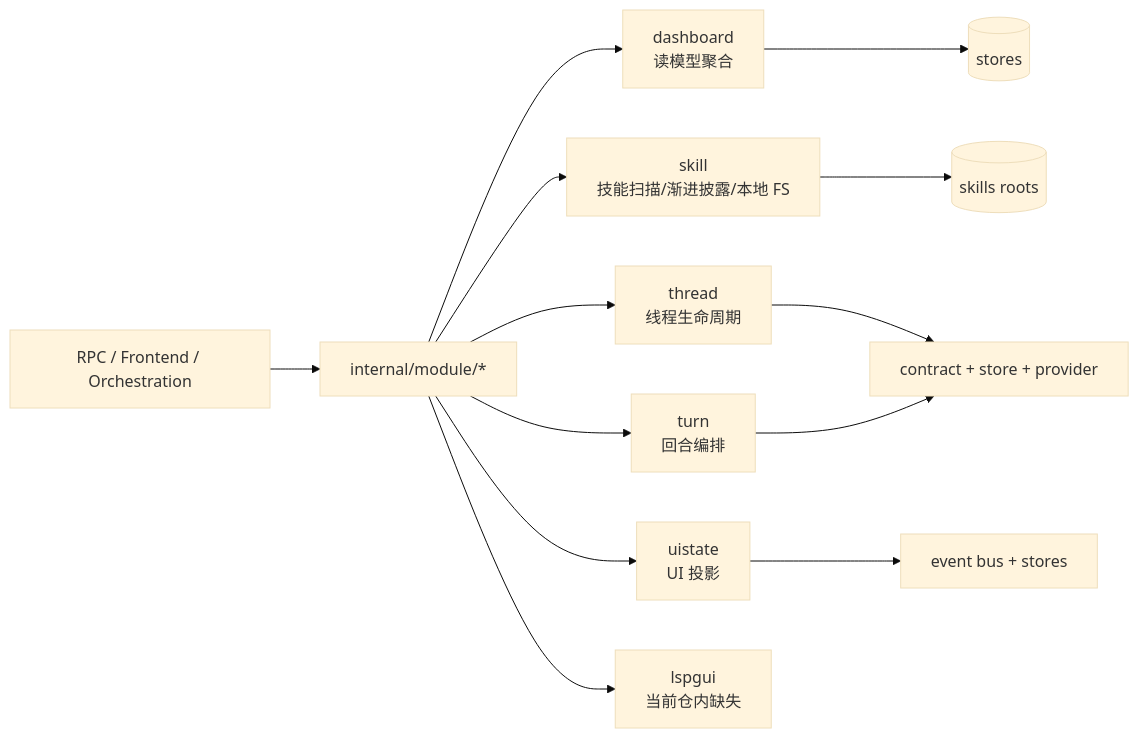
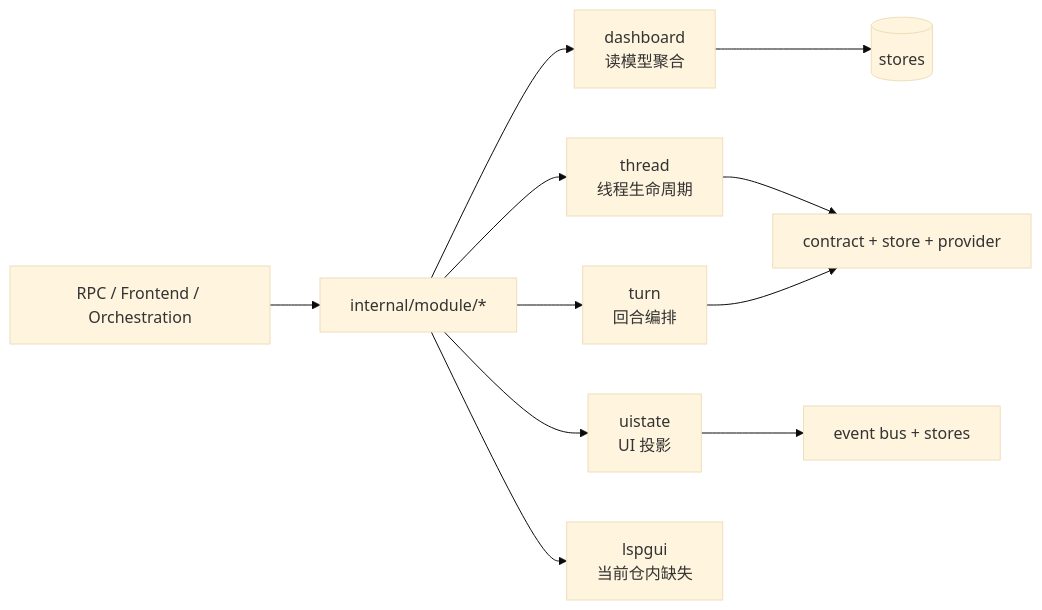
The diagram in docs/doc/codemap/07-module.md (lihah111222333-cloud/Super-Dolphin-Agent-Cockpit), drawn with Mermaid (base theme) before and after one commit. The commit also changed other lines of this file and 780 other files, not shown here.

````diff
--- a/docs/doc/codemap/07-module.md
+++ b/docs/doc/codemap/07-module.md
@@ -23,15 +23,13 @@
 ```mermaid
 flowchart LR
     RPC[RPC / Frontend / Orchestration] --> MOD[internal/module/*]
     MOD --> DASH[dashboard\n读模型聚合]
-    MOD --> SKILL[skill\n技能扫描/渐进披露/本地 FS]
     MOD --> THREAD[thread\n线程生命周期]
     MOD --> TURN[turn\n回合编排]
     MOD --> UISTATE[uistate\nUI 投影]
     MOD --> LSPGUI[lspgui\n当前仓内缺失]
     DASH --> STORE[(stores)]
-    SKILL --> FS[(skills roots)]
     THREAD --> CONTRACT[contract + store + provider]
     TURN --> CONTRACT
     UISTATE --> BUS[event bus + stores]
 ```
````
